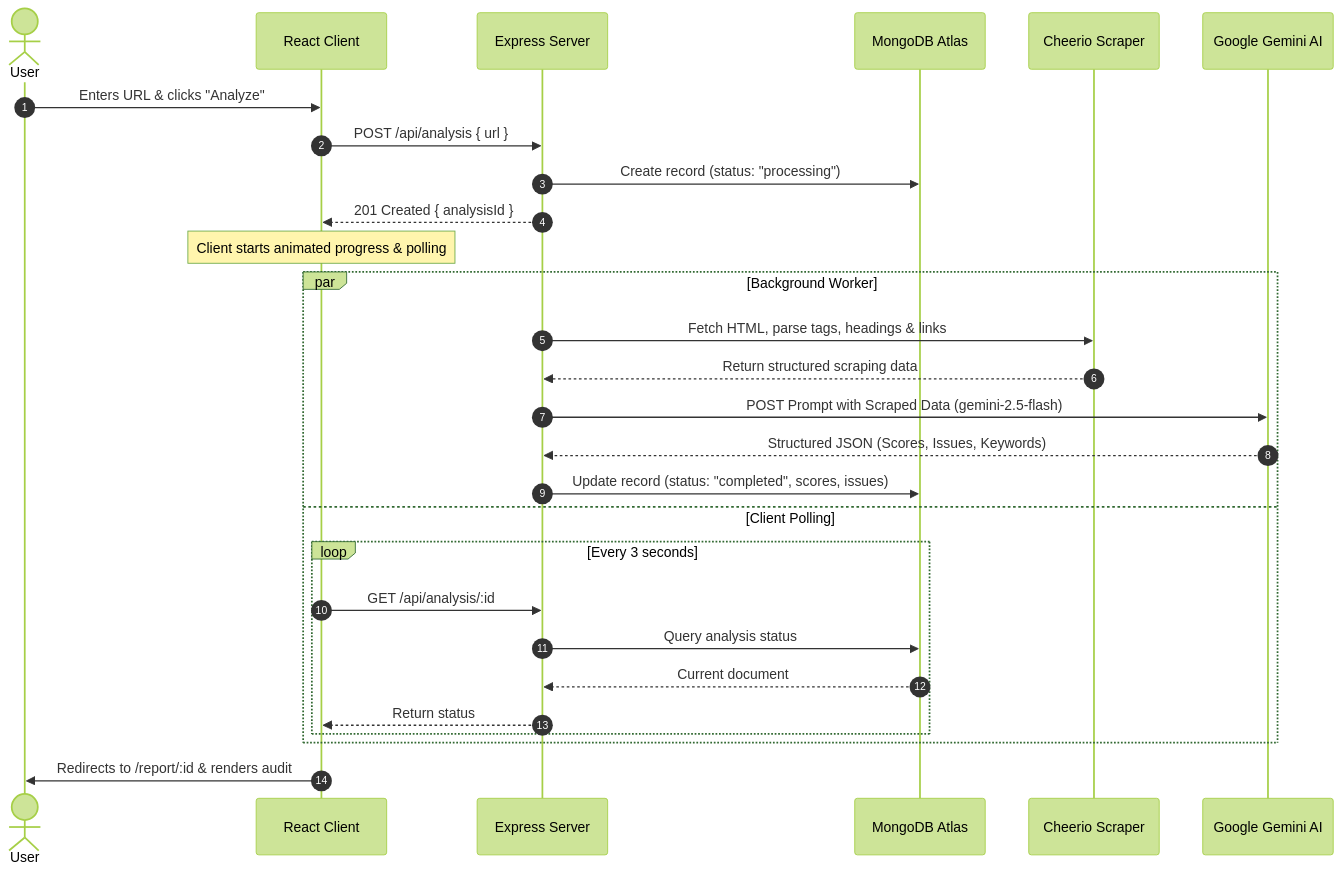
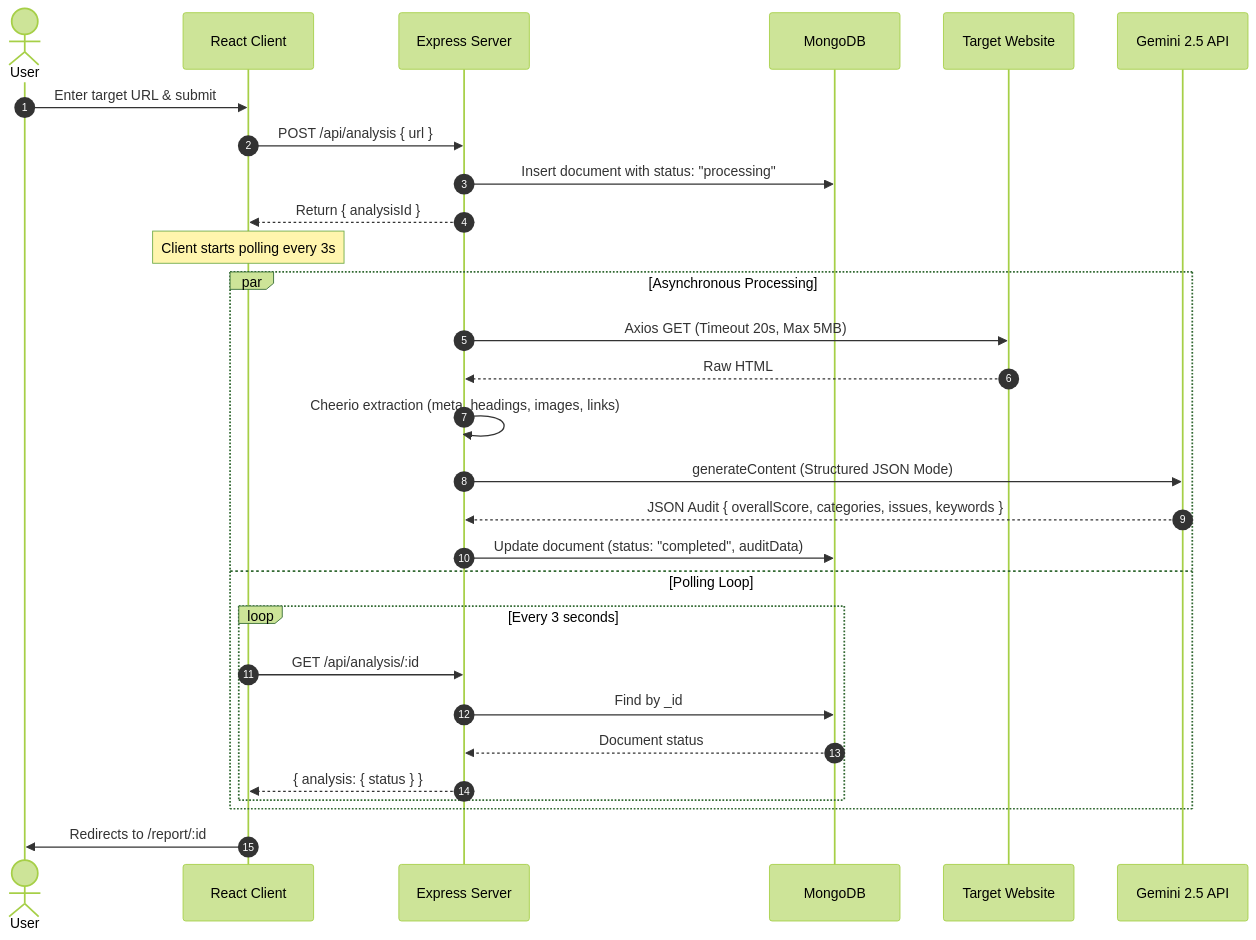
Before and after one commit to Simaaqmoideen/Seo-rank-tracker-rank-pilot-: the second of 4 diagrams in README.md, drawn with Mermaid (forest theme). The commit also changed other lines of this file and 61 other files, not shown here.

````diff
--- a/README.md
+++ b/README.md
@@ -128,34 +77,35 @@
 ```mermaid
 sequenceDiagram
     autonumber
     actor User as User
     participant Client as React Client
     participant Server as Express Server
-    participant DB as MongoDB Atlas
-    participant Scraper as Cheerio Scraper
-    participant Gemini as Google Gemini AI
+    participant DB as MongoDB
+    participant Web as Target Website
+    participant Gemini as Gemini 2.5 API
 
-    User->>Client: Enters URL & clicks "Analyze"
+    User->>Client: Enter target URL & submit
     Client->>Server: POST /api/analysis { url }
-    Server->>DB: Create record (status: "processing")
-    Server-->>Client: 201 Created { analysisId }
+    Server->>DB: Insert document with status: "processing"
+    Server-->>Client: Return { analysisId }
     
-    Note over Client: Client starts animated progress & polling
+    Note over Client: Client starts polling every 3s
 
-    par Background Worker
-        Server->>Scraper: Fetch HTML, parse tags, headings & links
-        Scraper-->>Server: Return structured scraping data
-        Server->>Gemini: POST Prompt with Scraped Data (gemini-2.5-flash)
-        Gemini-->>Server: Structured JSON (Scores, Issues, Keywords)
-        Server->>DB: Update record (status: "completed", scores, issues)
-    and Client Polling
+    par Asynchronous Processing
+        Server->>Web: Axios GET (Timeout 20s, Max 5MB)
+        Web-->>Server: Raw HTML
+        Server->>Server: Cheerio extraction (meta, headings, images, links)
+        Server->>Gemini: generateContent (Structured JSON Mode)
+        Gemini-->>Server: JSON Audit { overallScore, categories, issues, keywords }
+        Server->>DB: Update document (status: "completed", auditData)
+    and Polling Loop
         loop Every 3 seconds
             Client->>Server: GET /api/analysis/:id
-            Server->>DB: Query analysis status
-            DB-->>Server: Current document
-            Server-->>Client: Return status
+            Server->>DB: Find by _id
+            DB-->>Server: Document status
+            Server-->>Client: { analysis: { status } }
         end
     end
 
-    Client->>User: Redirects to /report/:id & renders audit
+    Client->>User: Redirects to /report/:id
 ```
````
